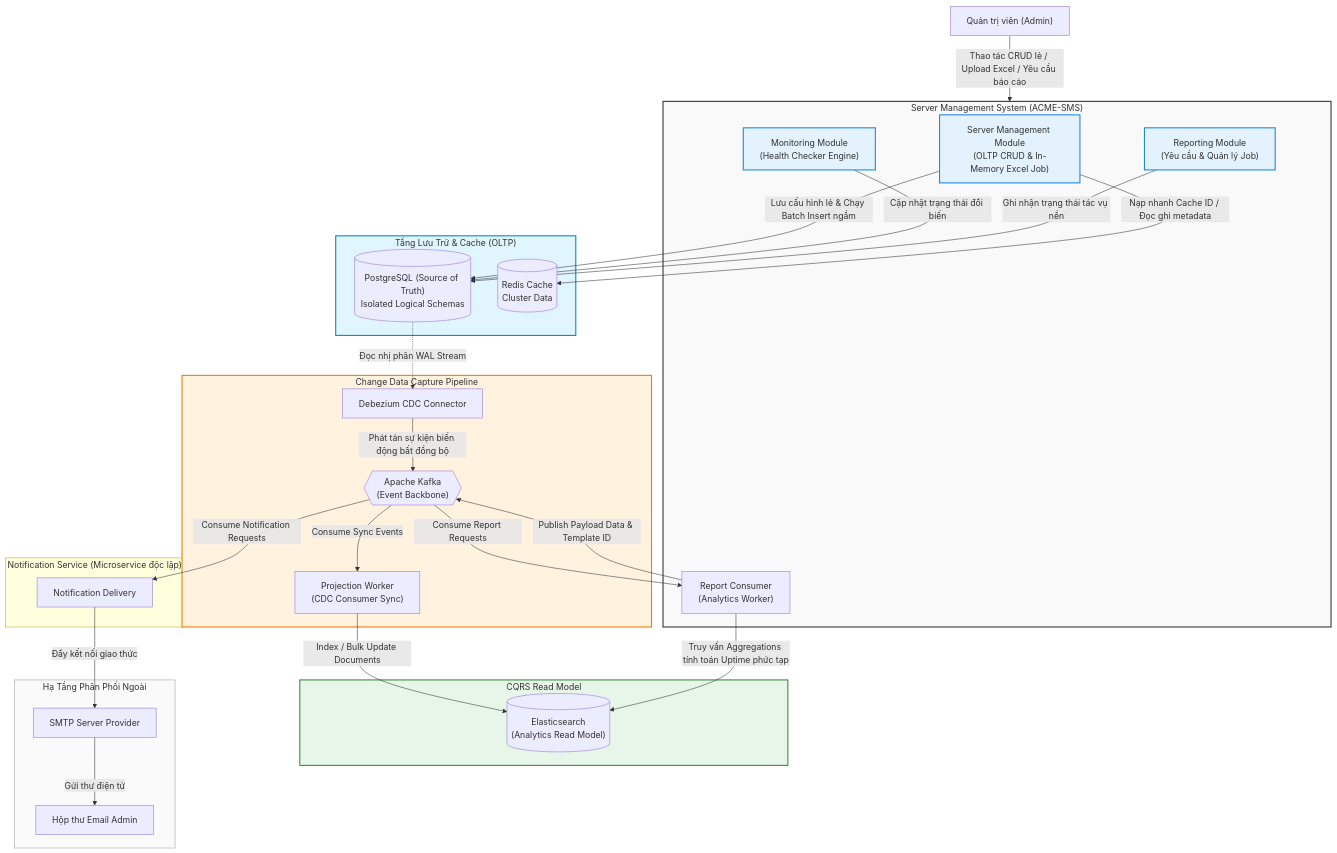
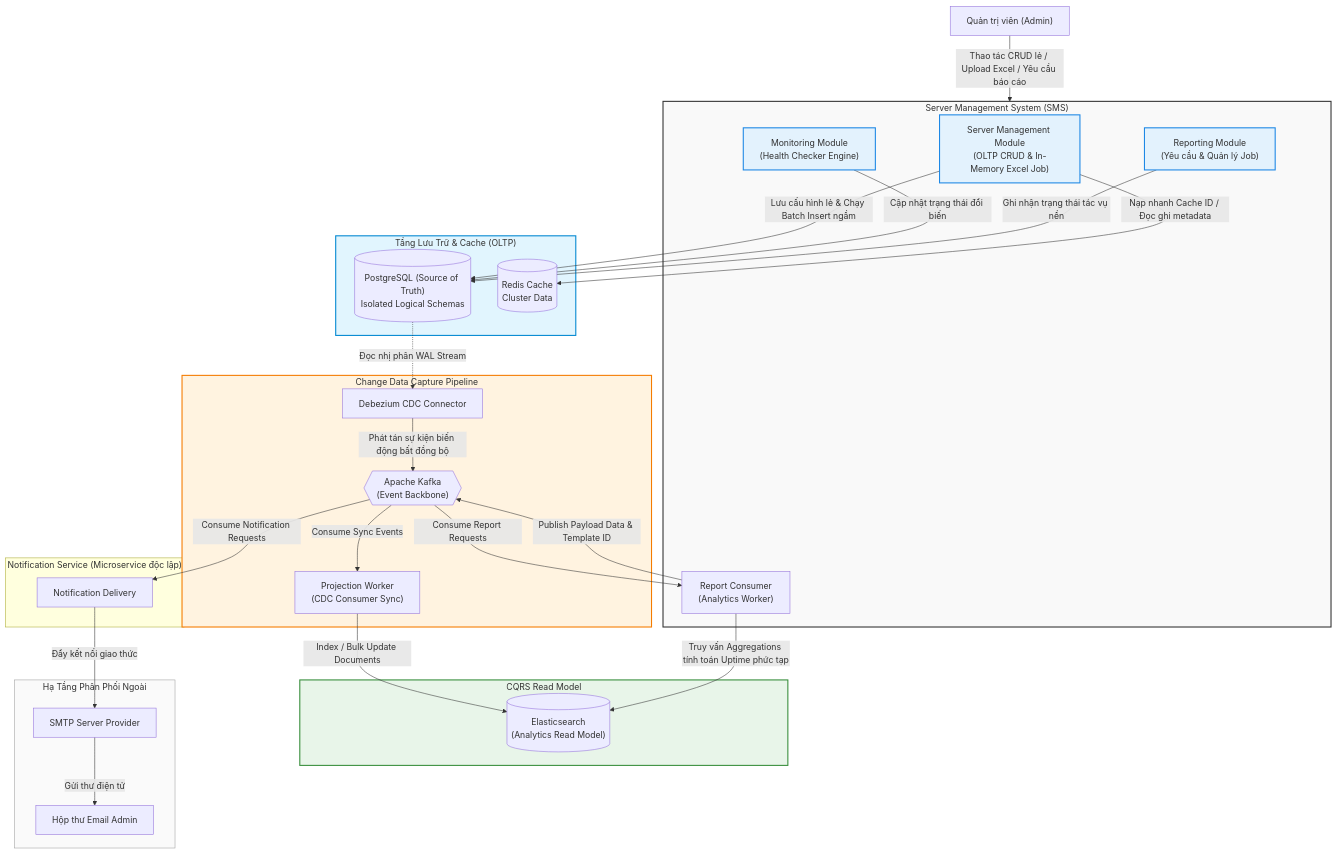
Before and after one commit to dinhdat07/server-management-service: the first of 5 diagrams in docs/architecture.md, drawn with Mermaid. The commit also changed other lines of this file and 2 other files, not shown here.

````diff
--- a/docs/architecture.md
+++ b/docs/architecture.md
@@ -79,67 +78,67 @@
 ```mermaid
 graph TD
     %% Nodes Definition
     Admin["Quản trị viên (Admin)"]
     
-    subgraph Monolith ["Server Management System (ACME-SMS)"]
+    subgraph Monolith ["Server Management System (SMS)"]
         SMM["Server Management Module<br>(OLTP CRUD & In-Memory Excel Job)"]
         MM["Monitoring Module<br>(Health Checker Engine)"]
         RM["Reporting Module<br>(Yêu cầu & Quản lý Job)"]
         RE["Report Consumer<br>(Analytics Worker)"]
     end
     
     subgraph Storage ["Tầng Lưu Trữ & Cache (OLTP)"]
         PG[("PostgreSQL (Source of Truth)<br>Isolated Logical Schemas")]
         Redis[("Redis Cache<br>Cluster Data")]
     end
     
     subgraph CDC ["Change Data Capture Pipeline"]
         Debezium["Debezium CDC Connector"]
         Kafka{{"Apache Kafka<br>(Event Backbone)"}}
         Worker["Projection Worker<br>(CDC Consumer Sync)"]
     end
     
     subgraph ReadModel ["CQRS Read Model"]
         ES[("Elasticsearch<br>(Analytics Read Model)")]
     end
     
     subgraph NS_Module ["Notification Service (Microservice độc lập)"]
         Noti["Notification Delivery"]
     end
     
     subgraph External ["Hạ Tầng Phân Phối Ngoài"]
         SMTP["SMTP Server Provider"]
         Email["Hộp thư Email Admin"]
     end
 
     %% Connections
     Admin -->|Thao tác CRUD lẻ / Upload Excel / Yêu cầu báo cáo| Monolith
     SMM -->|Lưu cấu hình lẻ & Chạy Batch Insert ngầm| PG
     SMM -->|Nạp nhanh Cache ID / Đọc ghi metadata| Redis
     
     MM -->|Cập nhật trạng thái đổi biến| PG
     RM -->|Ghi nhận trạng thái tác vụ nền| PG
     
     PG -.->|Đọc nhị phân WAL Stream| Debezium
     Debezium -->|Phát tán sự kiện biến động bất đồng bộ| Kafka
     
     Kafka -->|Consume Sync Events| Worker
     Worker -->|Index / Bulk Update Documents| ES
     
     Kafka -->|Consume Report Requests| RE
     RE -->|Truy vấn Aggregations tính toán Uptime phức tạp| ES
     RE -->|Publish Payload Data & Template ID| Kafka
     Kafka -->|Consume Notification Requests| Noti
     
     Noti -->|Đẩy kết nối giao thức| SMTP
     SMTP -->|Gửi thư điện tử| Email
 
     %% Styling
     classDef domain fill:#e3f2fd,stroke:#1e88e5,stroke-width:2px;
     class SMM,MM,RM domain;
     style Monolith fill:#f9f9f9,stroke:#333,stroke-width:2px;
     style Storage fill:#e1f5fe,stroke:#0288d1,stroke-width:2px;
     style CDC fill:#fff3e0,stroke:#f57c00,stroke-width:2px;
     style ReadModel fill:#e8f5e9,stroke:#388e3c,stroke-width:2px;
     style External fill:#fafafa,stroke:#9e9e9e,stroke-width:1px;
 ```
````
